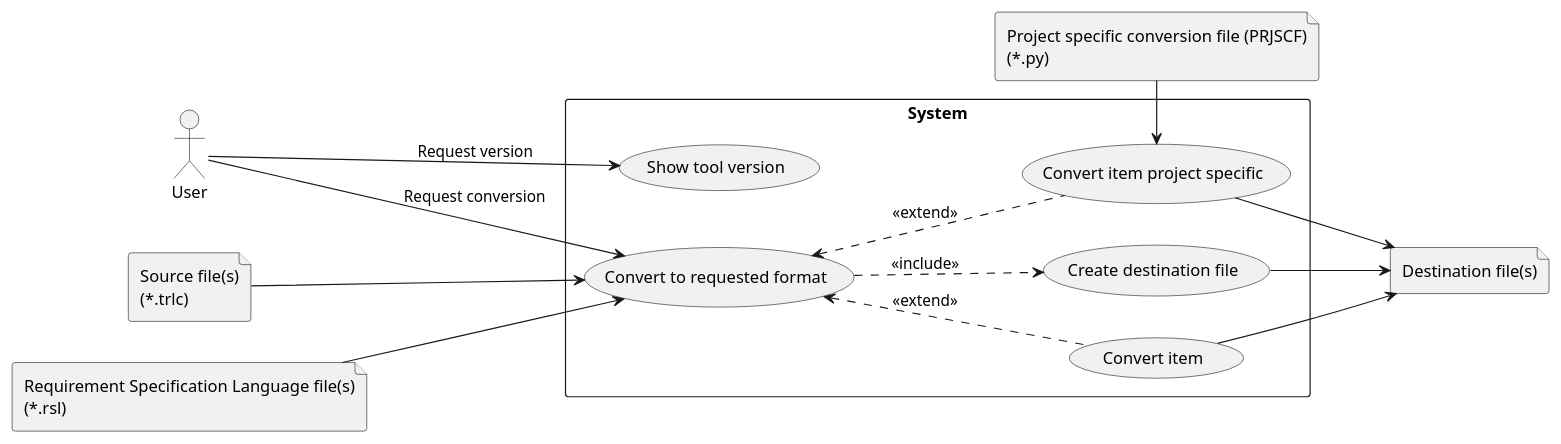
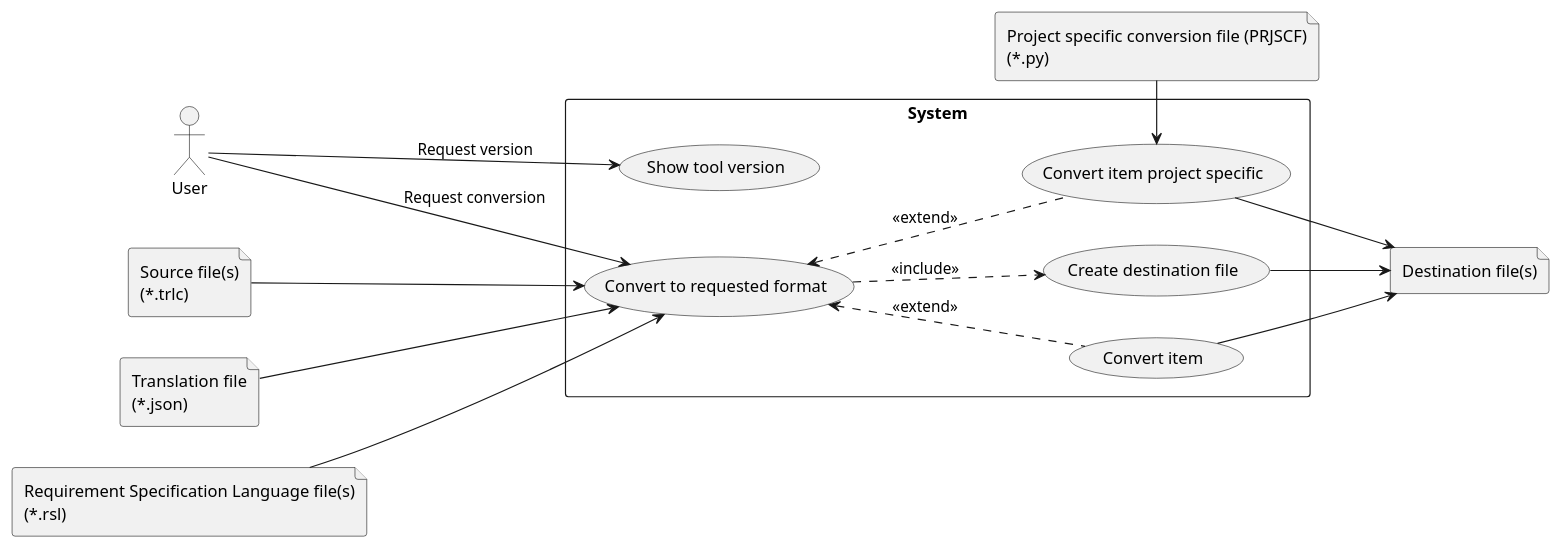
The diagram in doc/architecture/use_cases.puml (nhjschulz/pyTRLCConverter), drawn with PlantUML before and after one commit. The commit also changed 43 other files, not shown here.

Commit message:
Support of a translation JSON file, used to translate requirement type attribute names. Therefore its not required anymore to use project specific converters in Python, just for translation purpose.

```diff
--- a/doc/architecture/use_cases.puml
+++ b/doc/architecture/use_cases.puml
@@ -1,34 +1,36 @@
 @startuml use_cases
 
 left to right direction
 
 rectangle "System" {
 
     usecase "Convert to requested format" as ucConvertToFormat
     usecase "Show tool version" as ucShowToolVersion
     usecase "Create destination file" as ucCreateDestinationFile
     usecase "Convert item" as ucConvertItem
     usecase "Convert item project specific" as ucConvertItemProjectSpecific
 
     ucConvertToFormat ..> ucCreateDestinationFile: <<include>>
     ucConvertToFormat <.. ucConvertItem: <<extend>>
     ucConvertToFormat <.. ucConvertItemProjectSpecific: <<extend>>
 }
 
 actor "User" as user
 file "Source file(s)\n(*.trlc)" as srcFiles
+file "Translation file\n(*.json)" as translationFile
 file "Requirement Specification Language file(s)\n(*.rsl)" as rlsFiles
 file "Destination file(s)" as dstFiles
 file "Project specific conversion file (PRJSCF)\n(*.py)" as projectSpecificConversionFile
 
 user --> ucConvertToFormat: Request conversion
 srcFiles --> ucConvertToFormat
+translationFile --> ucConvertToFormat
 rlsFiles --> ucConvertToFormat
 projectSpecificConversionFile -l-> ucConvertItemProjectSpecific
 ucCreateDestinationFile --> dstFiles
 ucConvertItem --> dstFiles
 ucConvertItemProjectSpecific --> dstFiles
 
 user --> ucShowToolVersion: Request version
 
 @enduml
```
